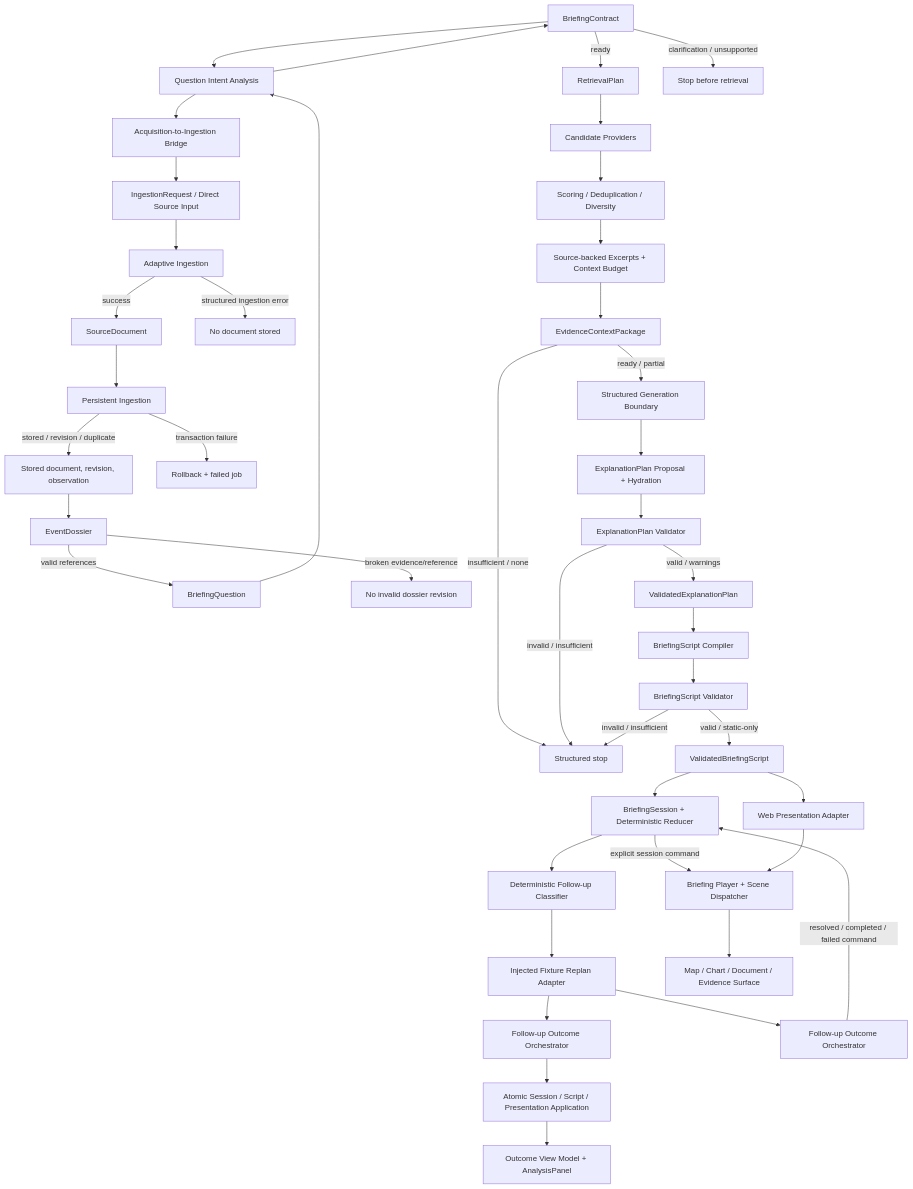
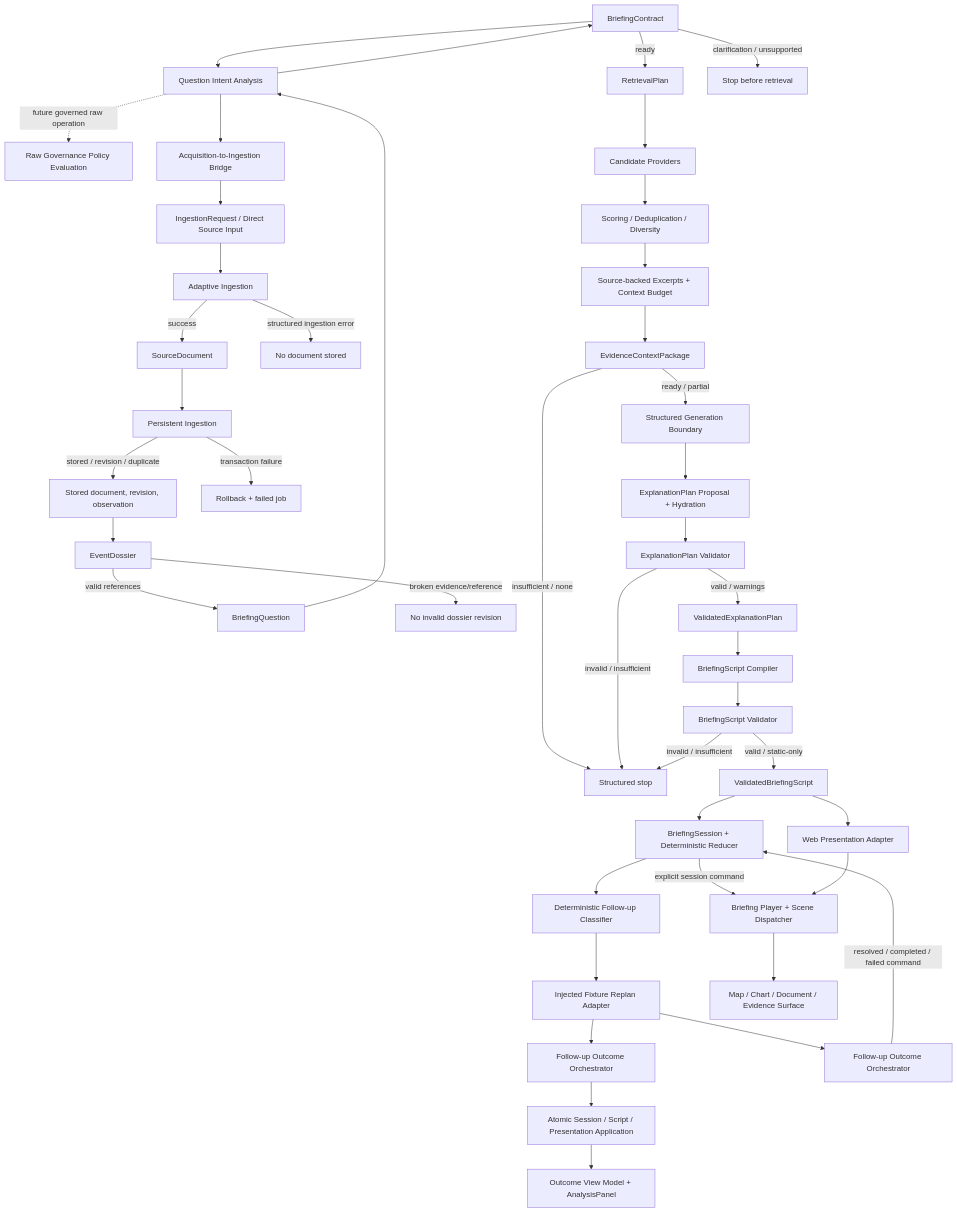
The diagram in docs/architecture/End-to-End-Data-Flow.md (cooly12241113-glitch/world-news-ai), drawn with Mermaid before and after one commit. The commit also changed 12 other files, not shown here.

Commit message:
feat: add raw source governance boundaries

````diff
--- a/docs/architecture/End-to-End-Data-Flow.md
+++ b/docs/architecture/End-to-End-Data-Flow.md
@@ -11,45 +11,46 @@
 ```mermaid
 flowchart TD
   C["Optional SourceConnector (fixture-only in Sprint 17.1)"] --> A["Validated Acquisition Result"]
+  A -. "future governed raw operation" .-> G["Raw Governance Policy Evaluation"]
   A --> B["Acquisition-to-Ingestion Bridge"]
   B --> S["IngestionRequest / Direct Source Input"]
   S --> I["Adaptive Ingestion"]
   I -->|success| D["SourceDocument"]
   I -->|structured ingestion error| IF["No document stored"]
   D --> P["Persistent Ingestion"]
   P -->|stored / revision / duplicate| R["Stored document, revision, observation"]
   P -->|transaction failure| PF["Rollback + failed job"]
   R --> E["EventDossier"]
   E -->|valid references| Q["BriefingQuestion"]
   E -->|broken evidence/reference| EF["No invalid dossier revision"]
   Q --> A["Question Intent Analysis"]
   A --> C["BriefingContract"]
   C -->|ready| RP["RetrievalPlan"]
   C -->|clarification / unsupported| CF["Stop before retrieval"]
   RP --> CP["Candidate Providers"]
   CP --> SD["Scoring / Deduplication / Diversity"]
   SD --> X["Source-backed Excerpts + Context Budget"]
   X --> EC["EvidenceContextPackage"]
   EC -->|ready / partial| GP["Structured Generation Boundary"]
   EC -->|insufficient / none| ES["Structured stop"]
   GP --> EP["ExplanationPlan Proposal + Hydration"]
   EP --> EV["ExplanationPlan Validator"]
   EV -->|valid / warnings| VP["ValidatedExplanationPlan"]
   EV -->|invalid / insufficient| ES["Structured stop"]
   VP --> SC["BriefingScript Compiler"]
   SC --> SV["BriefingScript Validator"]
   SV -->|valid / static-only| VS["ValidatedBriefingScript"]
   SV -->|invalid / insufficient| ES
   VS --> WA["Web Presentation Adapter"]
   VS --> BS["BriefingSession + Deterministic Reducer"]
   BS --> FU["Deterministic Follow-up Classifier"]
   FU --> RA["Injected Fixture Replan Adapter"]
   RA --> AO["Follow-up Outcome Orchestrator"]
   AO --> AA["Atomic Session / Script / Presentation Application"]
   AA --> UI["Outcome View Model + AnalysisPanel"]
   RA --> FO["Follow-up Outcome Orchestrator"]
   FO -->|resolved / completed / failed command| BS
   BS -->|explicit session command| BP
   WA --> BP["Briefing Player + Scene Dispatcher"]
   BP --> F["Map / Chart / Document / Evidence Surface"]
 ```
````
